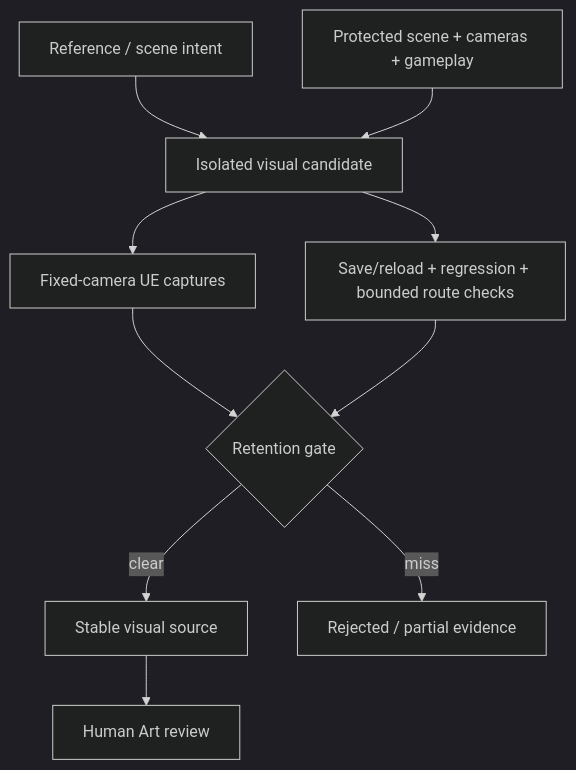
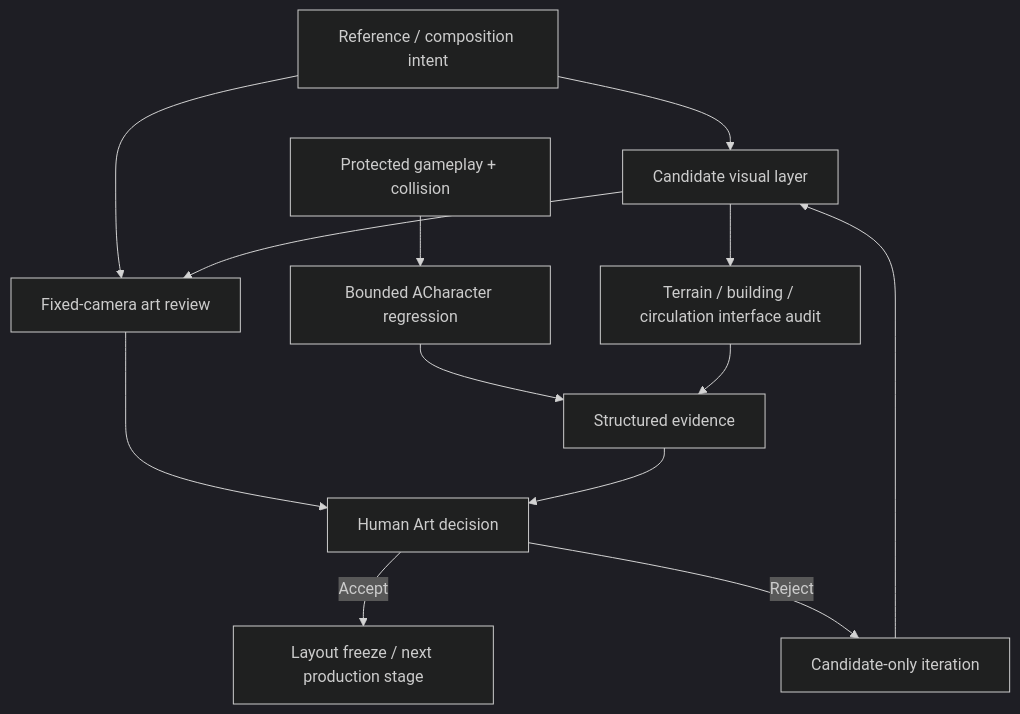
Before and after one commit to lilith-techart/Tidemark: the diagram in docs/technical-overview.md, drawn with Mermaid (dark theme). The commit also changed other lines of this file and 5 other files, not shown here.

````diff
--- a/docs/technical-overview.md
+++ b/docs/technical-overview.md
@@ -13,12 +12,15 @@
 ```mermaid
 flowchart TD
-    Intent[Reference / scene intent] --> Candidate[Isolated visual candidate]
-    Protected[Protected scene + cameras + gameplay] --> Candidate
-    Candidate --> Frames[Fixed-camera UE captures]
-    Candidate --> Technical[Save/reload + regression + bounded route checks]
-    Frames --> Retain{Retention gate}
-    Technical --> Retain
-    Retain -->|clear| Stable[Stable visual source]
-    Retain -->|miss| History[Rejected / partial evidence]
-    Stable --> Human[Human Art review]
+    Ref[Reference / composition intent] --> Visual[Candidate visual layer]
+    Ref --> Review[Fixed-camera art review]
+    Visual --> Interface[Terrain / building / circulation interface audit]
+    Visual --> Review
+    Gameplay[Protected gameplay + collision] --> Character[Bounded ACharacter regression]
+    Character --> Evidence[Structured evidence]
+    Interface --> Evidence
+    Review --> Human[Human Art decision]
+    Evidence --> Human
+    Human -->|Accept| Freeze[Layout freeze / next production stage]
+    Human -->|Reject| Iterate[Candidate-only iteration]
+    Iterate --> Visual
 ```
````
